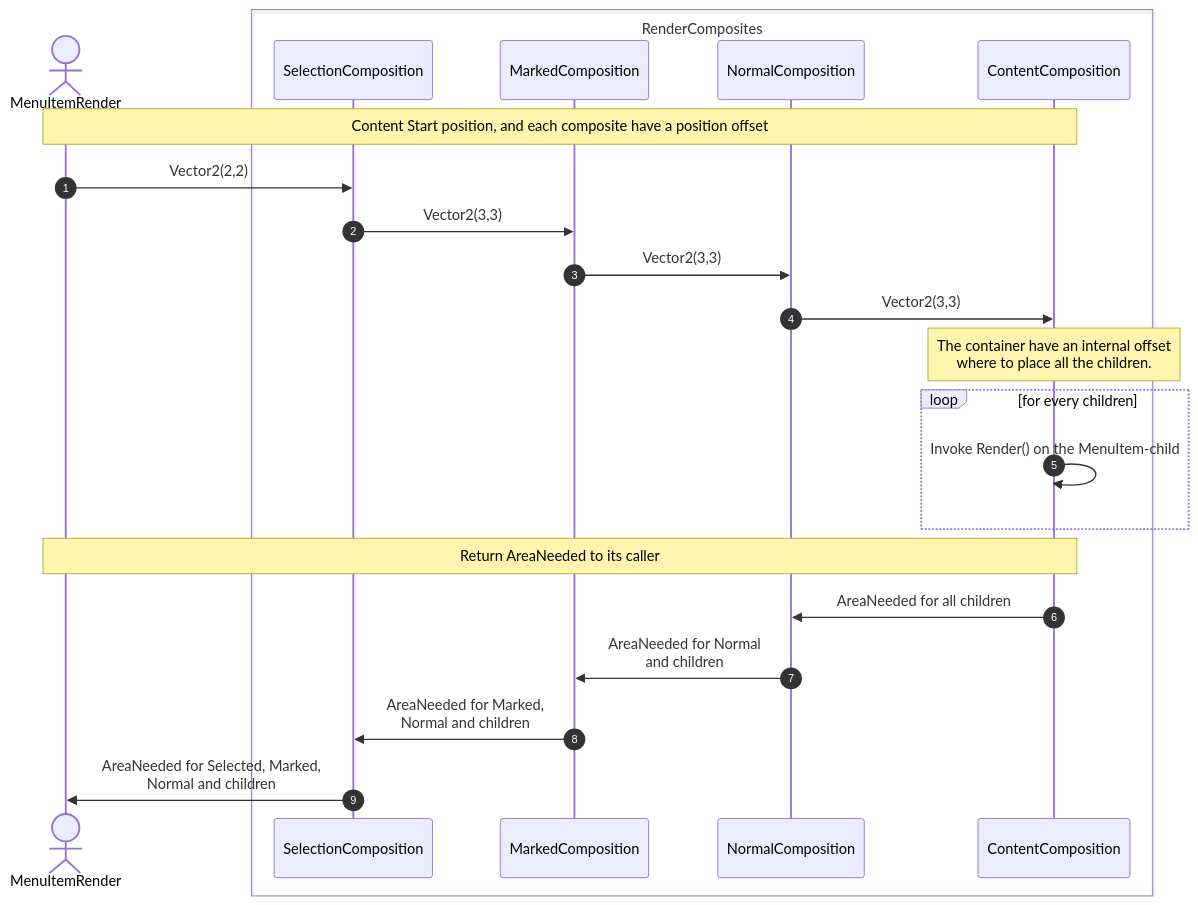
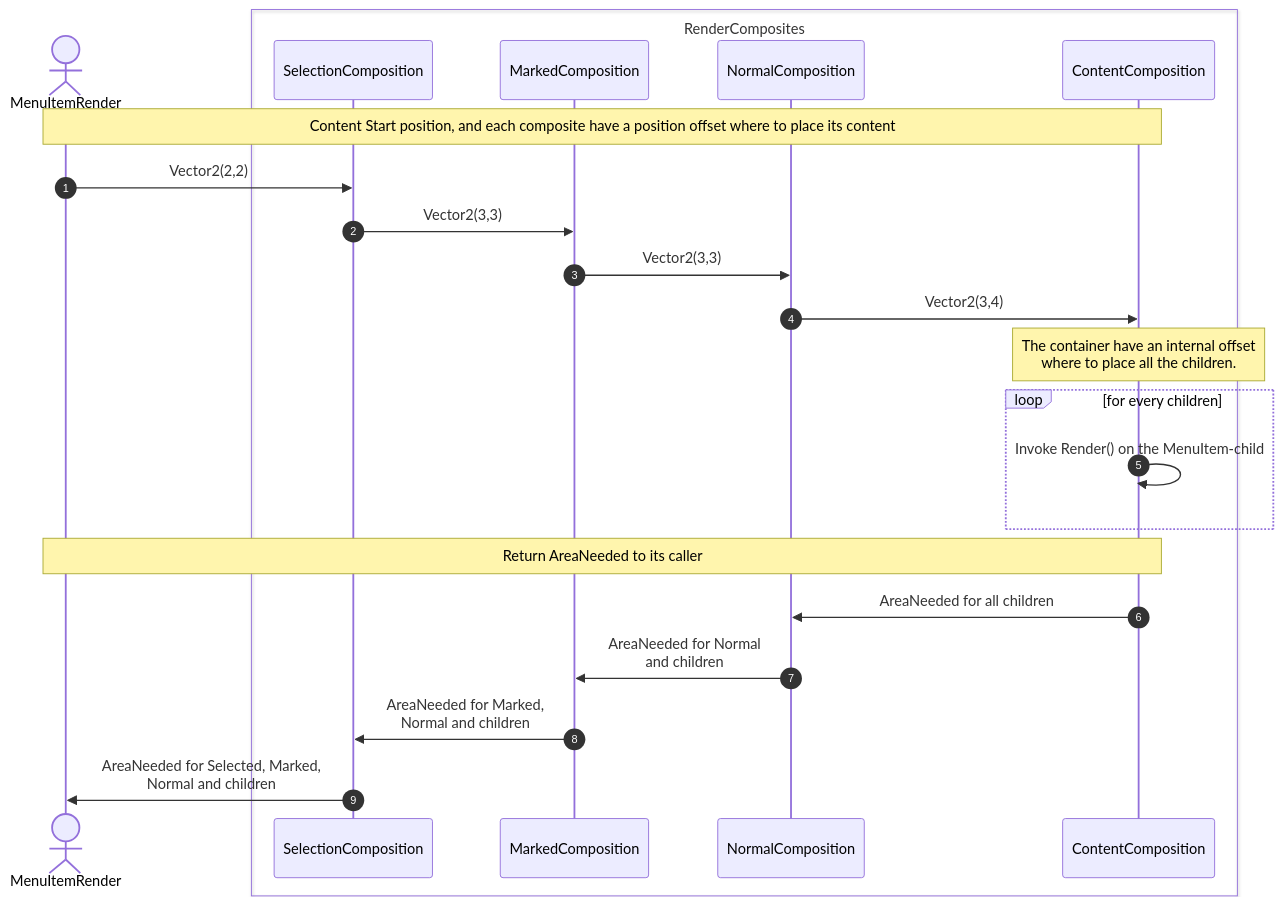
Before and after one commit to MikyGus/ConsoleMenu: the second of 2 diagrams in Documentation/MenuItem.md, drawn with Mermaid. The commit also changed other lines of this file and 1 other file, not shown here.

Commit message:
Add RenderComposite

````diff
--- a/Documentation/MenuItem.md
+++ b/Documentation/MenuItem.md
@@ -41,27 +43,27 @@
 ```mermaid
 sequenceDiagram
     autonumber
     actor A as MenuItemRender
     box RenderComposites
         participant S as SelectionComposition
         participant M as MarkedComposition
         participant N as NormalComposition
         participant C as ContentComposition
     end
 
-    Note over A,C: Content Start position, and each composite have a position offset
+    Note over A,C: Content Start position, and each composite have a position offset where to place its content
     A ->> S: Vector2(2,2)
     S ->> M: Vector2(3,3)
     M ->> N: Vector2(3,3)
-    N ->> C: Vector2(3,3)
+    N ->> C: Vector2(3,4)
     Note over C: The container have an internal offset<BR>where to place all the children.
 
     loop for every children
         C ->> C: Invoke Render() on the MenuItem-child
     end
     Note over A,C: Return AreaNeeded to its caller
     C ->> N: AreaNeeded for all children
     N ->> M: AreaNeeded for Normal<BR>and children
     M ->> S: AreaNeeded for Marked,<BR>Normal and children
     S ->> A: AreaNeeded for Selected, Marked,<BR>Normal and children
 ```
````
